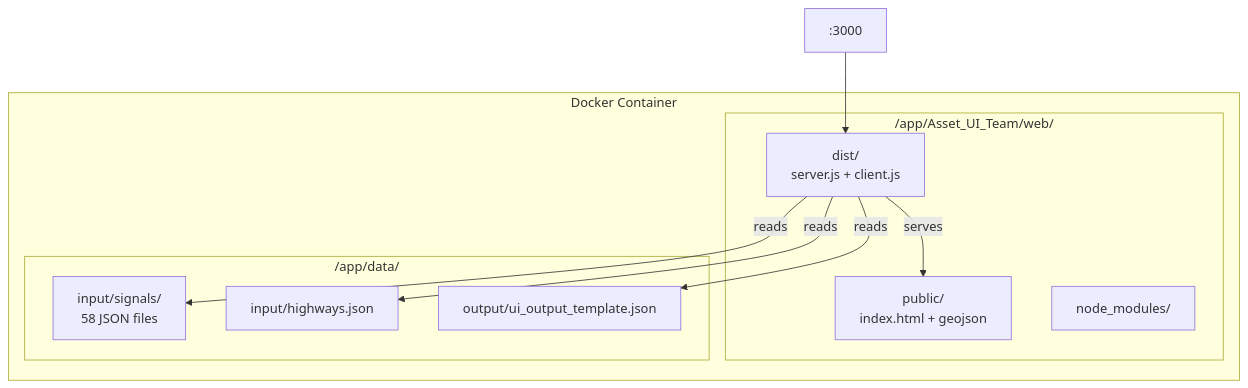
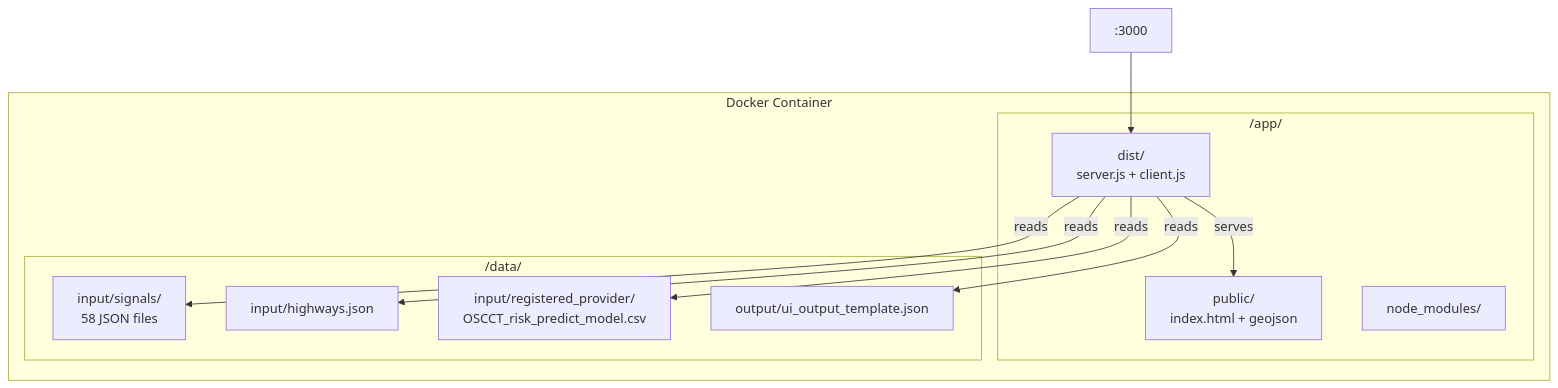
Before and after one commit to Resilient-Supply-Chain/open-supply-chain-control-tower: the diagram in docs/docker-structure.mmd, drawn with Mermaid. The commit also changed 6 other files, not shown here.

```diff
--- a/docs/docker-structure.mmd
+++ b/docs/docker-structure.mmd
@@ -1,20 +1,22 @@
 graph TB
     subgraph Docker_Container["Docker Container"]
-        subgraph Web["/app/Asset_UI_Team/web/"]
+        subgraph Web["/app/"]
             DIST["dist/\nserver.js + client.js"]
             PUB["public/\nindex.html + geojson"]
             PKG["node_modules/"]
         end
-        subgraph Data["/app/data/"]
+        subgraph Data["/data/"]
             SIG["input/signals/\n58 JSON files"]
             HWYF["input/highways.json"]
+            MODEL["input/registered_provider/\nOSCCT_risk_predict_model.csv"]
             OUT["output/ui_output_template.json"]
         end
     end
 
     DIST -->|"serves"| PUB
     DIST -->|"reads"| SIG
     DIST -->|"reads"| HWYF
+    DIST -->|"reads"| MODEL
     DIST -->|"reads"| OUT
 
     EXT[":3000"] --> DIST
```
